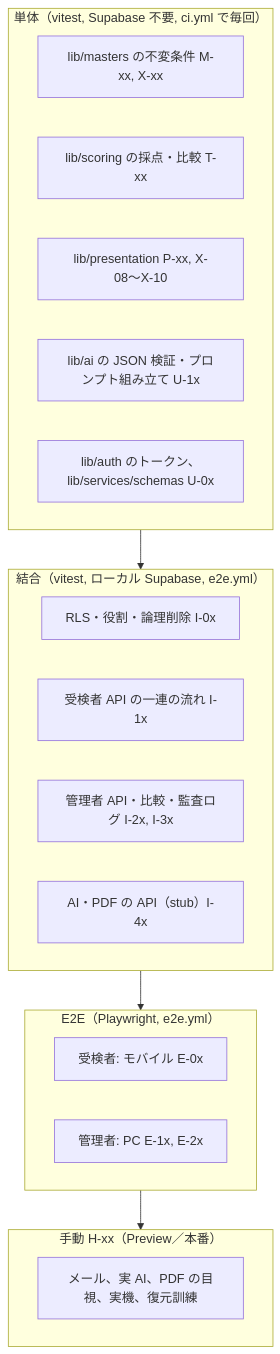
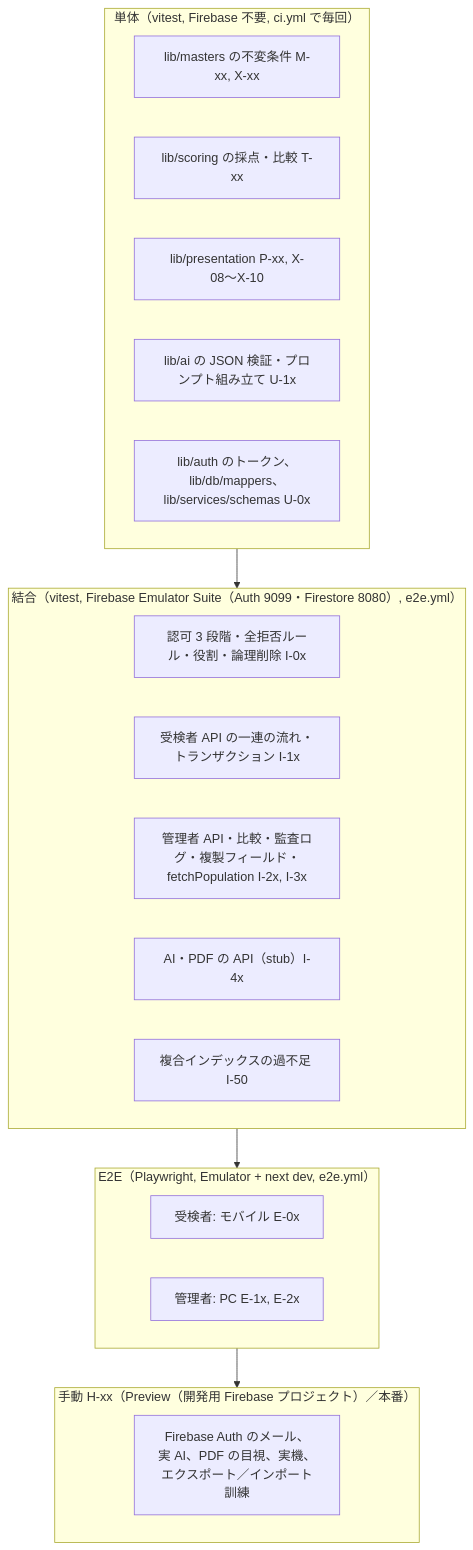
One commit to tanukichiyamaguchi/Tekisei-Kensa changed the second of 4 diagrams in docs/基本設計/08_実装計画とテスト計画.md. Above: the diagram before and after it, drawn with Mermaid. The commit also changed other lines of this file and 2 other files, not shown here.

First line of the commit message:
作業中: 01・04・08 を Firebase 前提に改版（途中経過 2）

````diff
--- a/docs/基本設計/08_実装計画とテスト計画.md
+++ b/docs/基本設計/08_実装計画とテスト計画.md
@@ -316,24 +320,25 @@
 ```mermaid
 flowchart TB
-    subgraph unit["単体（vitest, Supabase 不要, ci.yml で毎回）"]
+    subgraph unit["単体（vitest, Firebase 不要, ci.yml で毎回）"]
         U1["lib/masters の不変条件 M-xx, X-xx"]
         U2["lib/scoring の採点・比較 T-xx"]
         U3["lib/presentation P-xx, X-08〜X-10"]
         U4["lib/ai の JSON 検証・プロンプト組み立て U-1x"]
-        U5["lib/auth のトークン、lib/services/schemas U-0x"]
+        U5["lib/auth のトークン、lib/db/mappers、lib/services/schemas U-0x"]
     end
-    subgraph integ["結合（vitest, ローカル Supabase, e2e.yml）"]
-        I1["RLS・役割・論理削除 I-0x"]
-        I2["受検者 API の一連の流れ I-1x"]
-        I3["管理者 API・比較・監査ログ I-2x, I-3x"]
+    subgraph integ["結合（vitest, Firebase Emulator Suite（Auth 9099・Firestore 8080）, e2e.yml）"]
+        I1["認可 3 段階・全拒否ルール・役割・論理削除 I-0x"]
+        I2["受検者 API の一連の流れ・トランザクション I-1x"]
+        I3["管理者 API・比較・監査ログ・複製フィールド・fetchPopulation I-2x, I-3x"]
         I4["AI・PDF の API（stub）I-4x"]
+        I5["複合インデックスの過不足 I-50"]
     end
-    subgraph e2e["E2E（Playwright, e2e.yml）"]
+    subgraph e2e["E2E（Playwright, Emulator + next dev, e2e.yml）"]
         E1["受検者: モバイル E-0x"]
         E2["管理者: PC E-1x, E-2x"]
     end
-    subgraph manual["手動 H-xx（Preview／本番）"]
-        H1["メール、実 AI、PDF の目視、実機、復元訓練"]
+    subgraph manual["手動 H-xx（Preview（開発用 Firebase プロジェクト）／本番）"]
+        H1["Firebase Auth のメール、実 AI、PDF の目視、実機、エクスポート／インポート訓練"]
     end
     unit --> integ --> e2e --> manual
 ```
````
